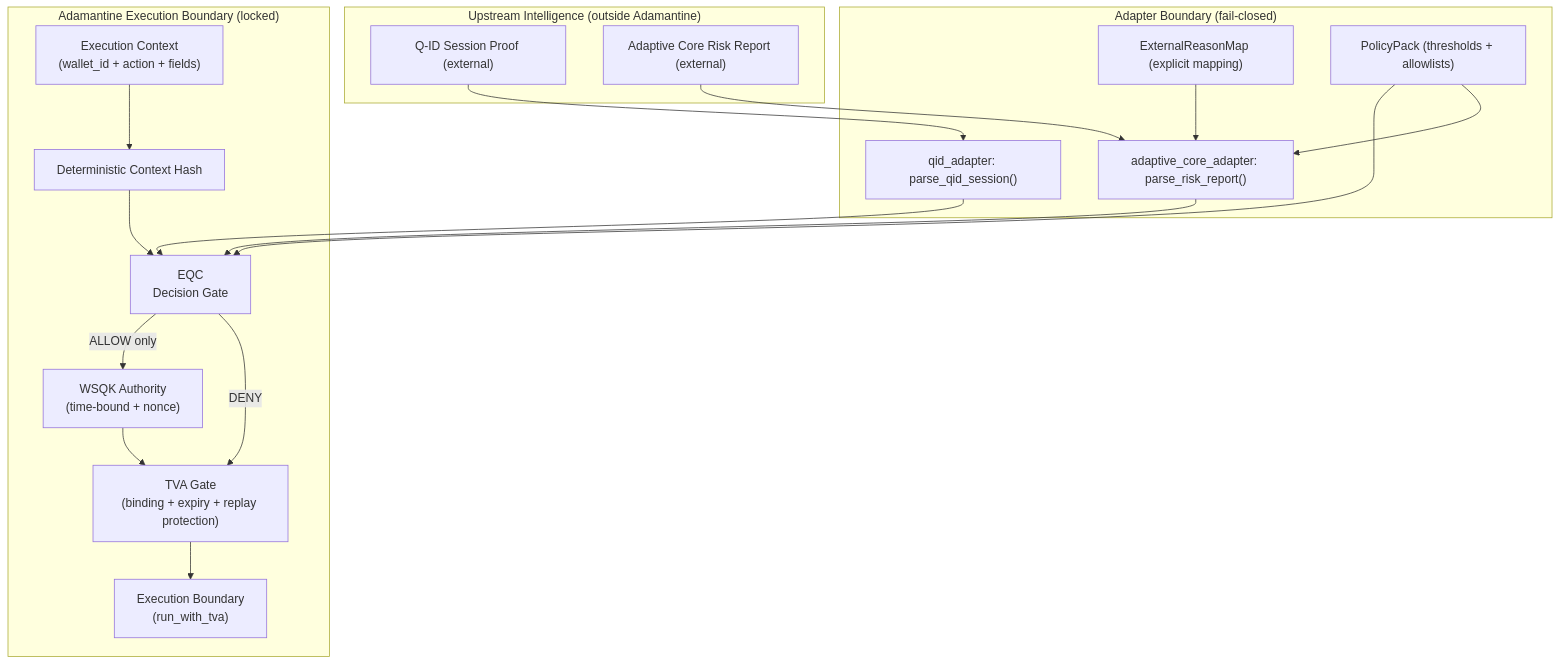
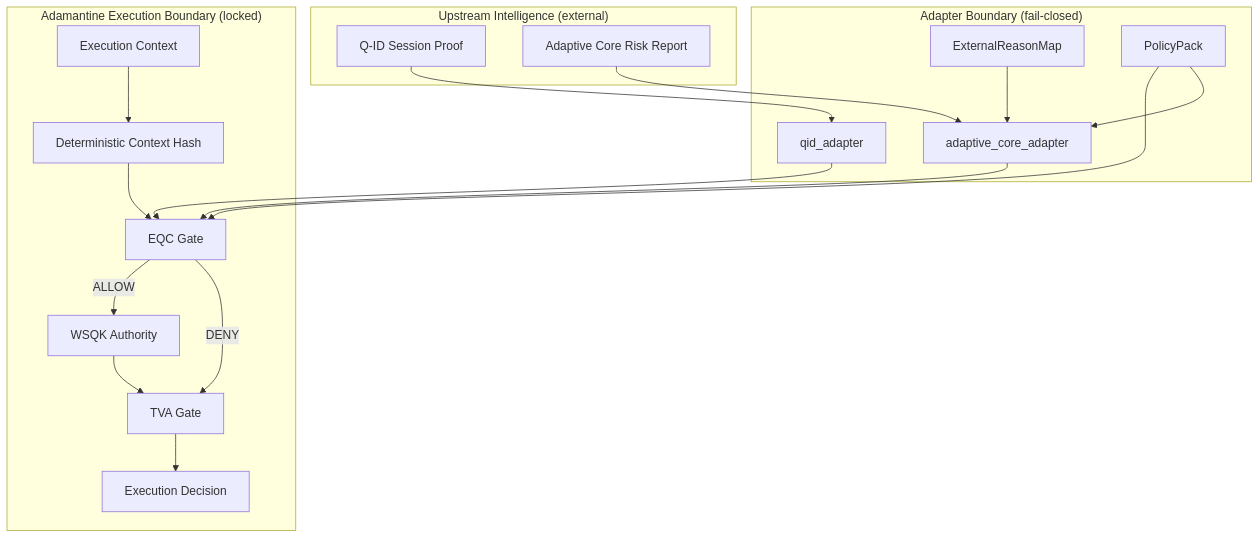
One commit to DarekDGB/DigiByte-AdamantineOS changed the diagram in README.md. Above: the diagram before and after it, drawn with Mermaid. The commit also changed other lines of this file, not shown here.

Commit message:
docs: update README to reflect foundation-locked execution-boundary scope

````diff
--- a/README.md
+++ b/README.md
@@ -103,39 +108,36 @@
 ```mermaid
 flowchart TD
-  %% External evidence (NOT executed here)
-  subgraph Upstream["Upstream Intelligence (outside Adamantine)"]
-    QID["Q-ID Session Proof (external)"]
-    AC["Adaptive Core Risk Report (external)"]
+  subgraph Upstream["Upstream Intelligence (external)"]
+    QID["Q-ID Session Proof"]
+    AC["Adaptive Core Risk Report"]
   end
 
-  %% Adapter boundary (strict validation, fail-closed)
   subgraph Adapters["Adapter Boundary (fail-closed)"]
-    QIDA["qid_adapter: parse_qid_session()"]
-    ACA["adaptive_core_adapter: parse_risk_report()"]
-    MAP["ExternalReasonMap (explicit mapping)"]
-    PACK["PolicyPack (thresholds + allowlists)"]
+    QIDA["qid_adapter"]
+    ACA["adaptive_core_adapter"]
+    MAP["ExternalReasonMap"]
+    PACK["PolicyPack"]
   end
 
-  %% Core execution boundary
   subgraph Core["Adamantine Execution Boundary (locked)"]
-    CTX["Execution Context\n(wallet_id + action + fields)"]
+    CTX["Execution Context"]
     HASH["Deterministic Context Hash"]
-    EQC["EQC\nDecision Gate"]
-    WSQK["WSQK Authority\n(time-bound + nonce)"]
-    TVA["TVA Gate\n(binding + expiry + replay protection)"]
-    EXEC["Execution Boundary\n(run_with_tva)"]
+    EQC["EQC Gate"]
+    WSQK["WSQK Authority"]
+    TVA["TVA Gate"]
+    EXEC["Execution Decision"]
   end
 
   QID --> QIDA
   AC --> ACA
   PACK --> EQC
   PACK --> ACA
   MAP --> ACA
 
   CTX --> HASH --> EQC
   QIDA --> EQC
   ACA --> EQC
 
-  EQC -->|ALLOW only| WSQK --> TVA --> EXEC
+  EQC -->|ALLOW| WSQK --> TVA --> EXEC
   EQC -->|DENY| TVA
 ```
````
